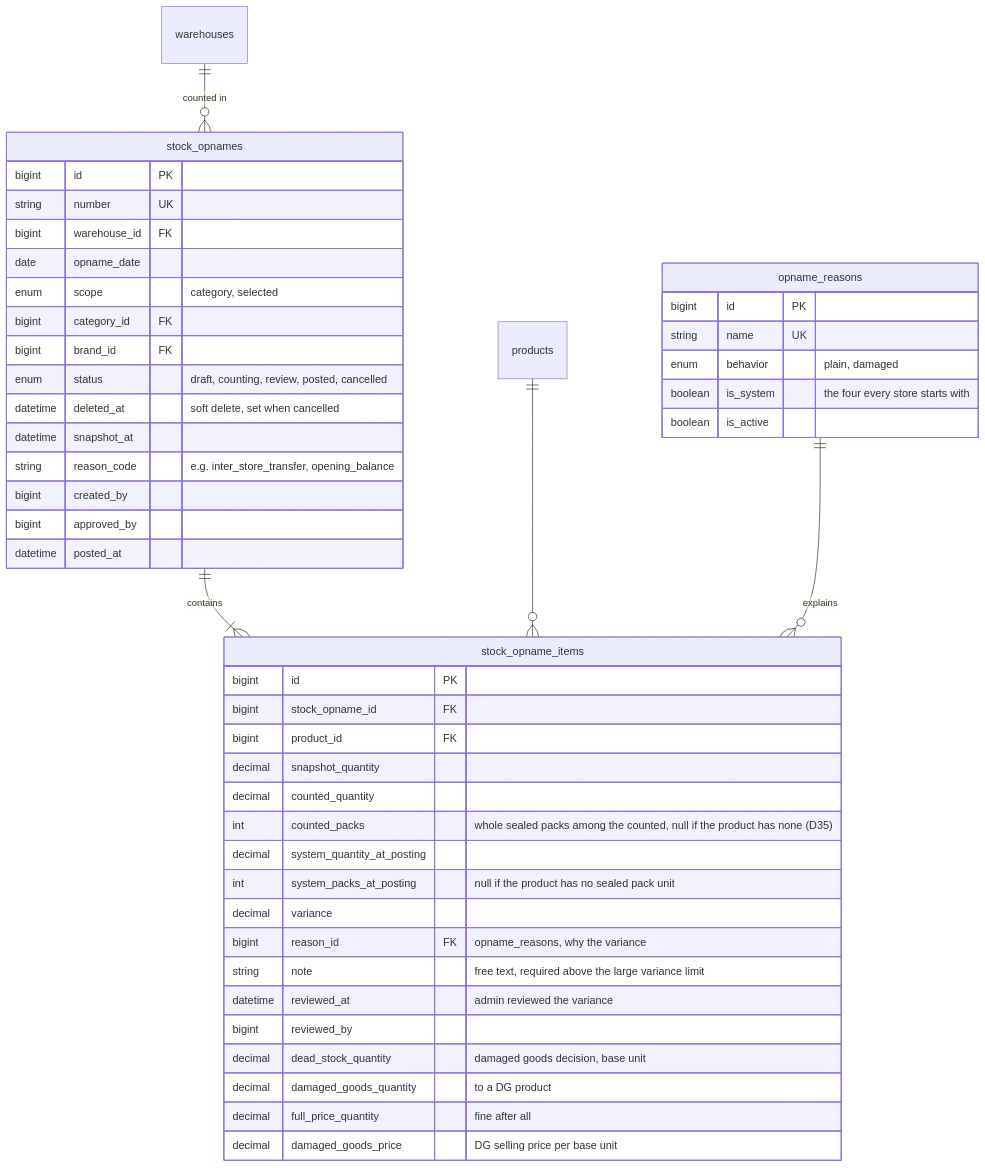
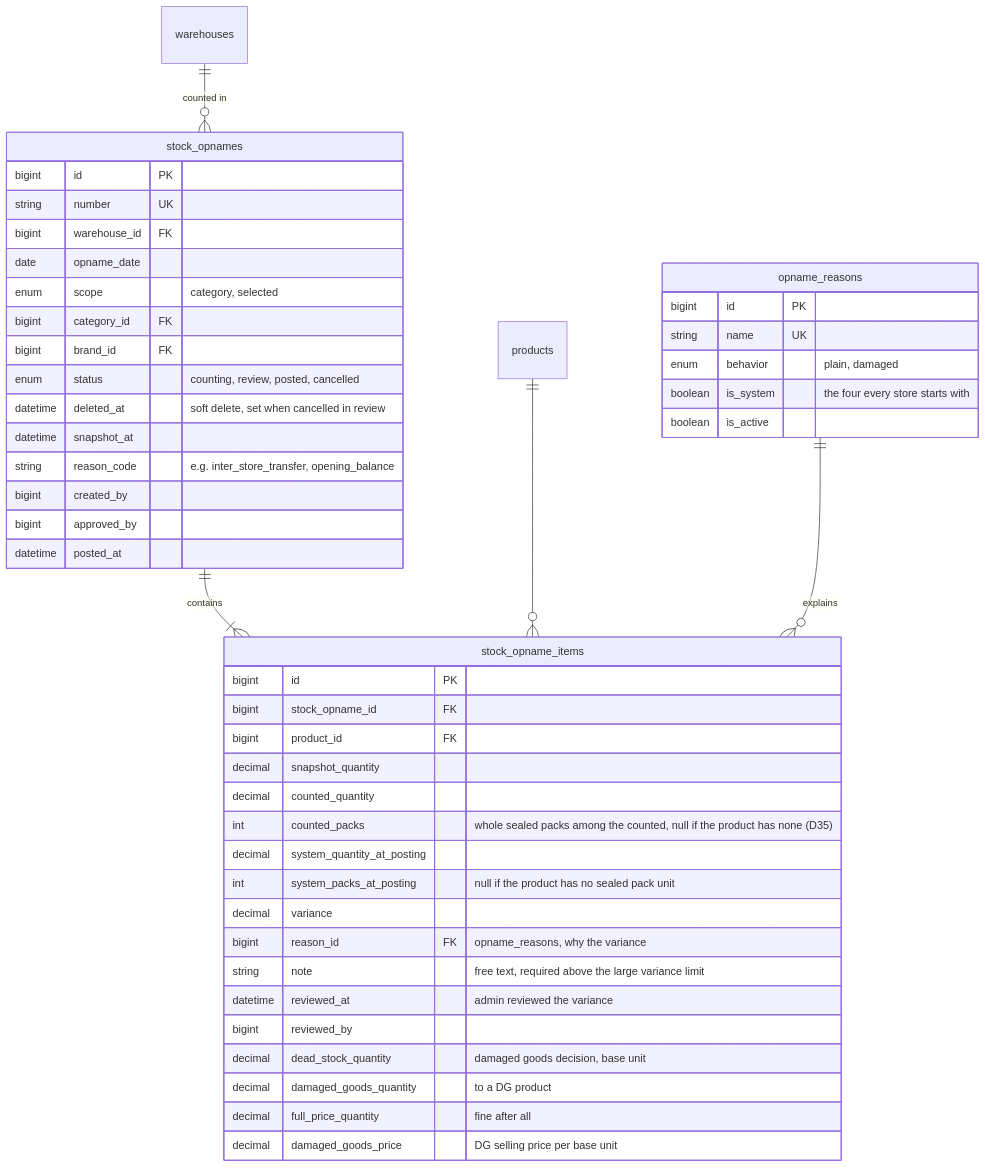
Before and after one commit to aliefpraditya/store-management: diagram 25 of 30 in docs/analisis-sistem.md, drawn with Mermaid. The commit also changed other lines of this file and 3 other files, not shown here.

First line of the commit message:
Update stock opname docs for the draft-less flow

````diff
--- a/docs/analisis-sistem.md
+++ b/docs/analisis-sistem.md
@@ -1196,50 +1196,50 @@
 ```mermaid
 erDiagram
     warehouses ||--o{ stock_opnames : "counted in"
     stock_opnames ||--|{ stock_opname_items : "contains"
     products ||--o{ stock_opname_items : ""
 
     stock_opnames {
         bigint id PK
         string number UK
         bigint warehouse_id FK
         date opname_date
         enum scope "category, selected"
         bigint category_id FK
         bigint brand_id FK
-        enum status "draft, counting, review, posted, cancelled"
-        datetime deleted_at "soft delete, set when cancelled"
+        enum status "counting, review, posted, cancelled"
+        datetime deleted_at "soft delete, set when cancelled in review"
         datetime snapshot_at
         string reason_code "e.g. inter_store_transfer, opening_balance"
         bigint created_by
         bigint approved_by
         datetime posted_at
     }
     stock_opname_items {
         bigint id PK
         bigint stock_opname_id FK
         bigint product_id FK
         decimal snapshot_quantity
         decimal counted_quantity
         int counted_packs "whole sealed packs among the counted, null if the product has none (D35)"
         decimal system_quantity_at_posting
         int system_packs_at_posting "null if the product has no sealed pack unit"
         decimal variance
         bigint reason_id FK "opname_reasons, why the variance"
         string note "free text, required above the large variance limit"
         datetime reviewed_at "admin reviewed the variance"
         bigint reviewed_by
         decimal dead_stock_quantity "damaged goods decision, base unit"
         decimal damaged_goods_quantity "to a DG product"
         decimal full_price_quantity "fine after all"
         decimal damaged_goods_price "DG selling price per base unit"
     }
     opname_reasons {
         bigint id PK
         string name UK
         enum behavior "plain, damaged"
         boolean is_system "the four every store starts with"
         boolean is_active
     }
     opname_reasons ||--o{ stock_opname_items : "explains"
 ```
````
